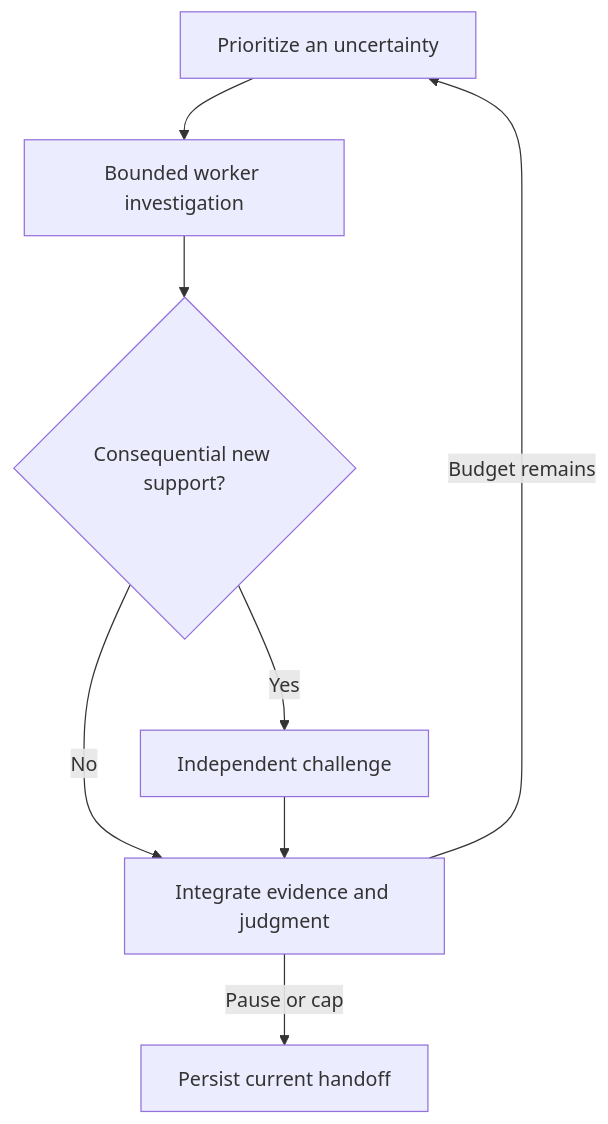
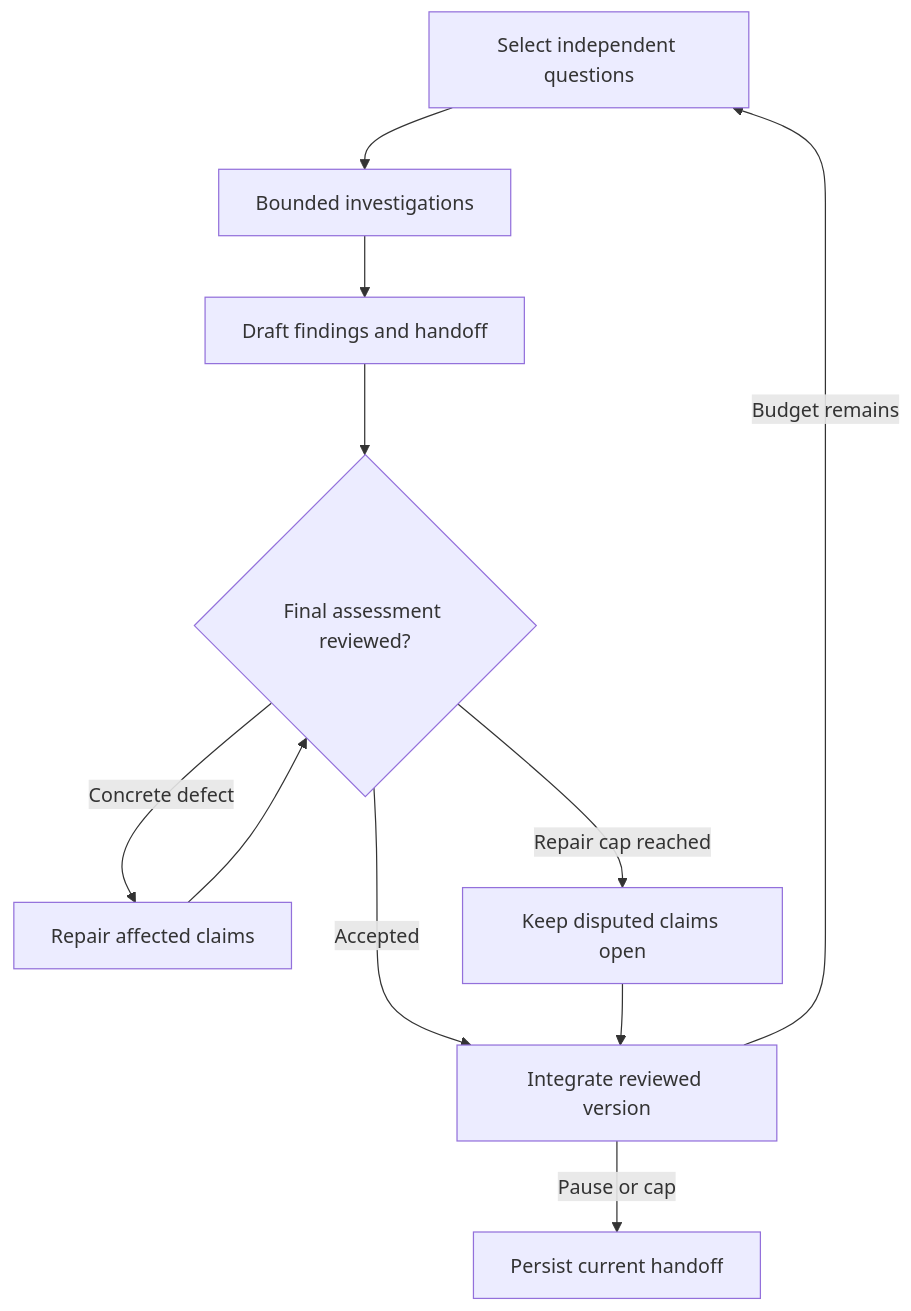
One commit to moritzbrantner/truth-core changed the diagram in docs/systematic-corpus-loop.md. Above: the diagram before and after it, drawn with Mermaid. The commit also changed other lines of this file and 4 other files, not shown here.

Commit message:
docs: add bounded research repair and distinct target selection

````diff
--- a/docs/systematic-corpus-loop.md
+++ b/docs/systematic-corpus-loop.md
@@ -9,10 +9,13 @@
 ```mermaid
 flowchart TD
-    Q[Prioritize an uncertainty] --> W[Bounded worker investigation]
-    W --> R{Consequential new support?}
-    R -->|Yes| C[Independent challenge]
-    R -->|No| I[Integrate evidence and judgment]
-    C --> I
+    Q[Select independent questions] --> W[Bounded investigations]
+    W --> D[Draft findings and handoff]
+    D --> C{Final assessment reviewed?}
+    C -->|Accepted| I[Integrate reviewed version]
+    C -->|Concrete defect| F[Repair affected claims]
+    F --> C
+    C -->|Repair cap reached| O[Keep disputed claims open]
+    O --> I
     I -->|Budget remains| Q
     I -->|Pause or cap| H[Persist current handoff]
 ```
````
